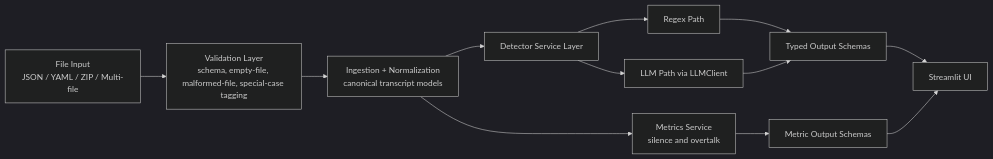
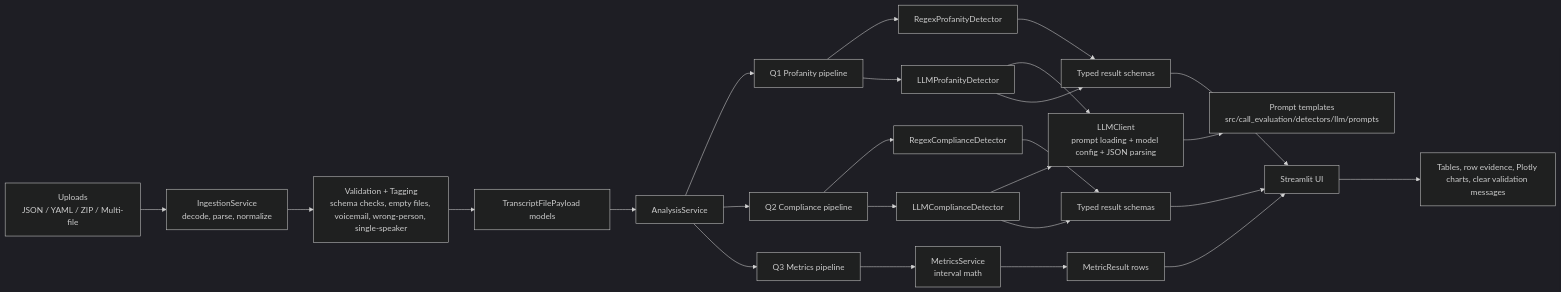
Before and after one commit to VedanshPaliwal88/call-evaluation-engine: the diagram in docs/architecture.md, drawn with Mermaid (dark theme). The commit also changed other lines of this file and 2 other files, not shown here.

Commit message:
docs: finalize README and architecture guide

````diff
--- a/docs/architecture.md
+++ b/docs/architecture.md
@@ -20,14 +34,32 @@
 ```mermaid
 flowchart LR
-    A["File Input<br/>JSON / YAML / ZIP / Multi-file"] --> B["Validation Layer<br/>schema, empty-file, malformed-file, special-case tagging"]
-    B --> C["Ingestion + Normalization<br/>canonical transcript models"]
-    C --> D["Detector Service Layer"]
-    D --> E["Regex Path"]
-    D --> F["LLM Path via LLMClient"]
-    E --> G["Typed Output Schemas"]
-    F --> G
-    C --> H["Metrics Service<br/>silence and overtalk"]
-    H --> I["Metric Output Schemas"]
-    G --> J["Streamlit UI"]
-    I --> J
+    A["Uploads<br/>JSON / YAML / ZIP / Multi-file"] --> B["IngestionService<br/>decode, parse, normalize"]
+    B --> C["Validation + Tagging<br/>schema checks, empty files, voicemail, wrong-person, single-speaker"]
+    C --> D["TranscriptFilePayload models"]
+
+    D --> E["AnalysisService"]
+
+    E --> F["Q1 Profanity pipeline"]
+    E --> G["Q2 Compliance pipeline"]
+    E --> H["Q3 Metrics pipeline"]
+
+    F --> F1["RegexProfanityDetector"]
+    F --> F2["LLMProfanityDetector"]
+    G --> G1["RegexComplianceDetector"]
+    G --> G2["LLMComplianceDetector"]
+    F2 --> L["LLMClient<br/>prompt loading + model config + JSON parsing"]
+    G2 --> L
+    L --> P["Prompt templates<br/>src/call_evaluation/detectors/llm/prompts"]
+
+    F1 --> O1["Typed result schemas"]
+    F2 --> O1
+    G1 --> O2["Typed result schemas"]
+    G2 --> O2
+    H --> M["MetricsService<br/>interval math"]
+    M --> O3["MetricResult rows"]
+
+    O1 --> U["Streamlit UI"]
+    O2 --> U
+    O3 --> U
+    U --> V["Tables, row evidence, Plotly charts, clear validation messages"]
 ```
````
